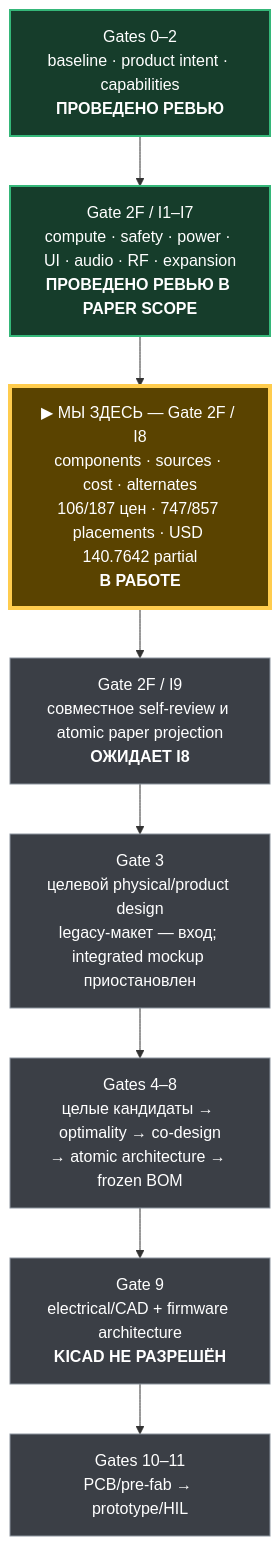
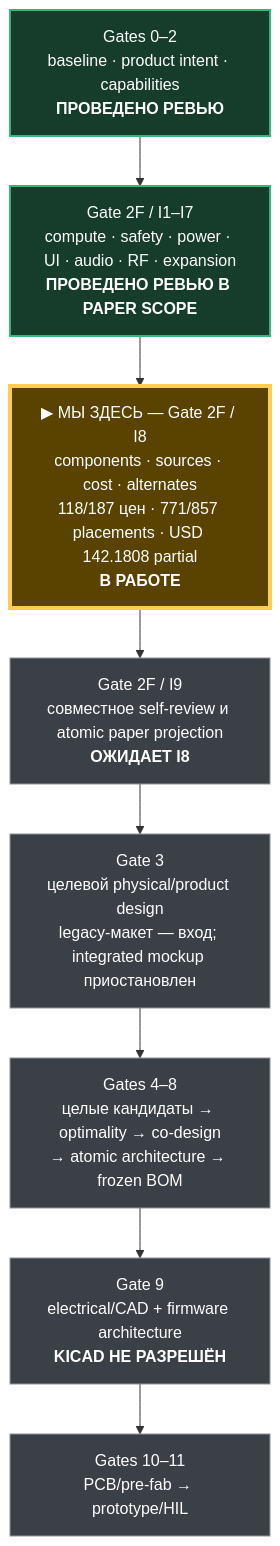
Before and after one commit to anton-vinogradov/esp32-leshy2: the diagram in docs/review/stages.md, drawn with Mermaid. The commit also changed other lines of this file and 30 other files, not shown here.

````diff
--- a/docs/review/stages.md
+++ b/docs/review/stages.md
@@ -15,20 +15,20 @@
 ```mermaid
 flowchart TD
   G02["Gates 0–2<br/>baseline · product intent · capabilities<br/><b>ПРОВЕДЕНО РЕВЬЮ</b>"]
   I17["Gate 2F / I1–I7<br/>compute · safety · power · UI · audio · RF · expansion<br/><b>ПРОВЕДЕНО РЕВЬЮ В PAPER SCOPE</b>"]
-  I8["▶ МЫ ЗДЕСЬ — Gate 2F / I8<br/>components · sources · cost · alternates<br/>106/187 цен · 747/857 placements · USD 140.7642 partial<br/><b>В РАБОТЕ</b>"]
+  I8["▶ МЫ ЗДЕСЬ — Gate 2F / I8<br/>components · sources · cost · alternates<br/>118/187 цен · 771/857 placements · USD 142.1808 partial<br/><b>В РАБОТЕ</b>"]
   I9["Gate 2F / I9<br/>совместное self-review и atomic paper projection<br/><b>ОЖИДАЕТ I8</b>"]
   G3["Gate 3<br/>целевой physical/product design<br/>legacy-макет — вход; integrated mockup приостановлен"]
   G48["Gates 4–8<br/>целые кандидаты → optimality → co-design<br/>→ atomic architecture → frozen BOM"]
   G9["Gate 9<br/>electrical/CAD + firmware architecture<br/><b>KICAD НЕ РАЗРЕШЁН</b>"]
   G1011["Gates 10–11<br/>PCB/pre-fab → prototype/HIL"]
 
   G02 --> I17 --> I8 --> I9 --> G3 --> G48 --> G9 --> G1011
 
   classDef reviewed fill:#163d2b,stroke:#35b779,color:#ffffff,stroke-width:2px;
   classDef current fill:#5a4300,stroke:#ffcc4d,color:#ffffff,stroke-width:4px;
   classDef blocked fill:#3b3f46,stroke:#8b949e,color:#ffffff,stroke-width:1px;
   class G02,I17 reviewed;
   class I8 current;
   class I9,G3,G48,G9,G1011 blocked;
 ```
````
